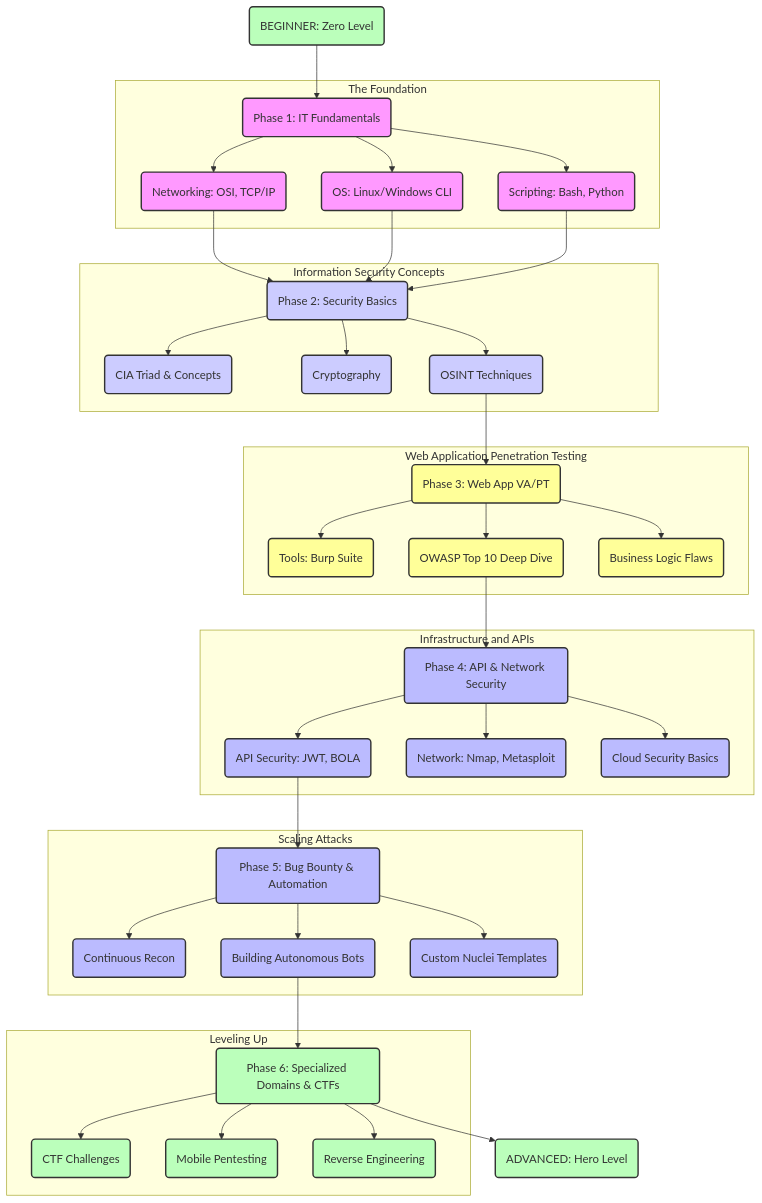
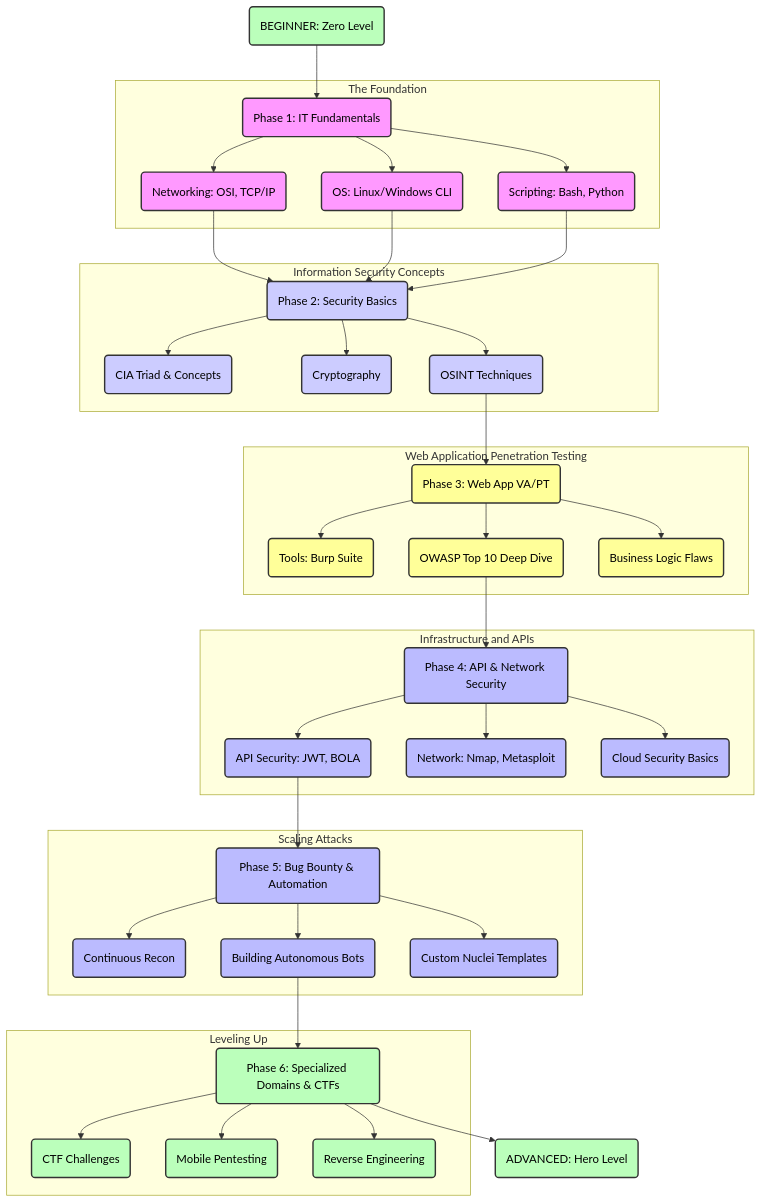
One commit to securon-buddy/cybersec-mastery-path changed the diagram in README.md. Above: the diagram before and after it, drawn with Mermaid.

Commit message:
README.md

````diff
--- a/README.md
+++ b/README.md
@@ -20,70 +20,70 @@
 ```mermaid
 graph TD
-    %% Define Styles for Different Stages
-    classDef fundamental fill:#f9f,stroke:#333,stroke-width:2px;
-    classDef securityBasics fill:#ccf,stroke:#333,stroke-width:2px;
-    classDef webSec fill:#ff9,stroke:#333,stroke-width:2px;
-    classDef advancedSec fill:#bbf,stroke:#333,stroke-width:2px;
-    classDef master fill:#bfb,stroke:#333,stroke-width:2px;
+    %% Define Styles for Different Stages (Text color set to black)
+    classDef fundamental fill:#f9f,stroke:#333,stroke-width:2px,color:#000000;
+    classDef securityBasics fill:#ccf,stroke:#333,stroke-width:2px,color:#000000;
+    classDef webSec fill:#ff9,stroke:#333,stroke-width:2px,color:#000000;
+    classDef advancedSec fill:#bbf,stroke:#333,stroke-width:2px,color:#000000;
+    classDef master fill:#bfb,stroke:#333,stroke-width:2px,color:#000000;
 
     %% Define Nodes and Flows
     Start(BEGINNER: Zero Level) --> P1(Phase 1: IT Fundamentals)
     
     subgraph "The Foundation"
         P1 --> P1_Net(Networking: OSI, TCP/IP)
         P1 --> P1_OS(OS: Linux/Windows CLI)
         P1 --> P1_Prog(Scripting: Bash, Python)
     end
 
     P1_Net --> P2(Phase 2: Security Basics)
     P1_OS --> P2
     P1_Prog --> P2
 
     subgraph "Information Security Concepts"
         P2 --> P2_CIA(CIA Triad & Concepts)
         P2 --> P2_Crypto(Cryptography)
         P2 --> P2_OSINT(OSINT Techniques)
     end
 
     P2_OSINT --> P3(Phase 3: Web App VA/PT)
 
     subgraph "Web Application Penetration Testing"
         P3 --> P3_Burp(Tools: Burp Suite)
         P3 --> P3_OWASP(OWASP Top 10 Deep Dive)
         P3 --> P3_Logic(Business Logic Flaws)
     end
 
     P3_OWASP --> P4(Phase 4: API & Network Security)
 
     subgraph "Infrastructure and APIs"
         P4 --> P4_API(API Security: JWT, BOLA)
         P4 --> P4_NetP(Network: Nmap, Metasploit)
         P4 --> P4_Cloud(Cloud Security Basics)
     end
 
     P4_API --> P5(Phase 5: Bug Bounty & Automation)
 
     subgraph "Scaling Attacks"
         P5 --> P5_Recon(Continuous Recon)
         P5 --> P5_Bots(Building Autonomous Bots)
         P5 --> P5_Nucl(Custom Nuclei Templates)
     end
 
     P5_Bots --> P6(Phase 6: Specialized Domains & CTFs)
 
     subgraph "Leveling Up"
         P6 --> P6_CTF(CTF Challenges)
         P6 --> P6_Mob(Mobile Pentesting)
         P6 --> P6_Rev(Reverse Engineering)
     end
 
     P6 --> Goal(ADVANCED: Hero Level)
 
     %% Apply Styles
     class Start,Goal master;
     class P1,P1_Net,P1_OS,P1_Prog fundamental;
     class P2,P2_CIA,P2_Crypto,P2_OSINT securityBasics;
     class P3,P3_Burp,P3_OWASP,P3_Logic webSec;
     class P4,P4_API,P4_NetP,P4_Cloud,P5,P5_Recon,P5_Bots,P5_Nucl advancedSec;
     class P6,P6_CTF,P6_Mob,P6_Rev master;
 ```
````
